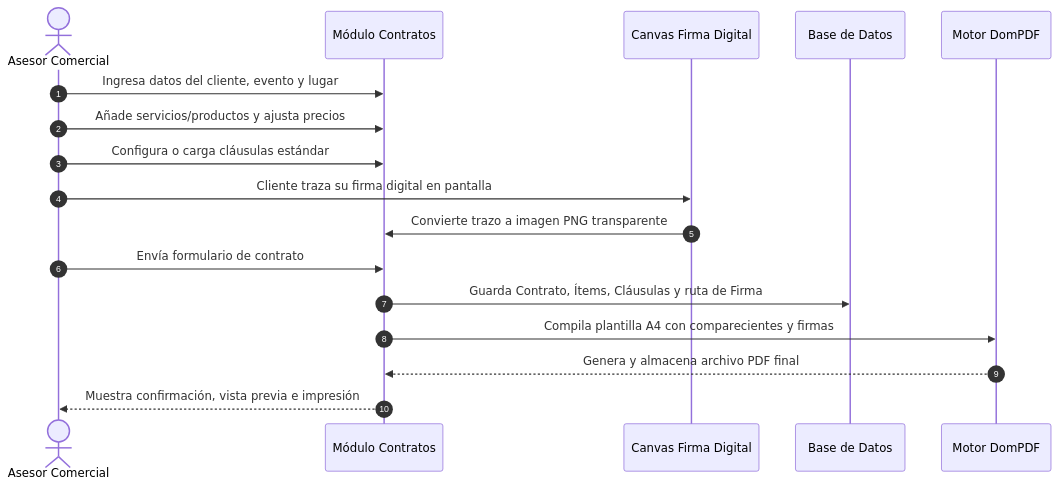
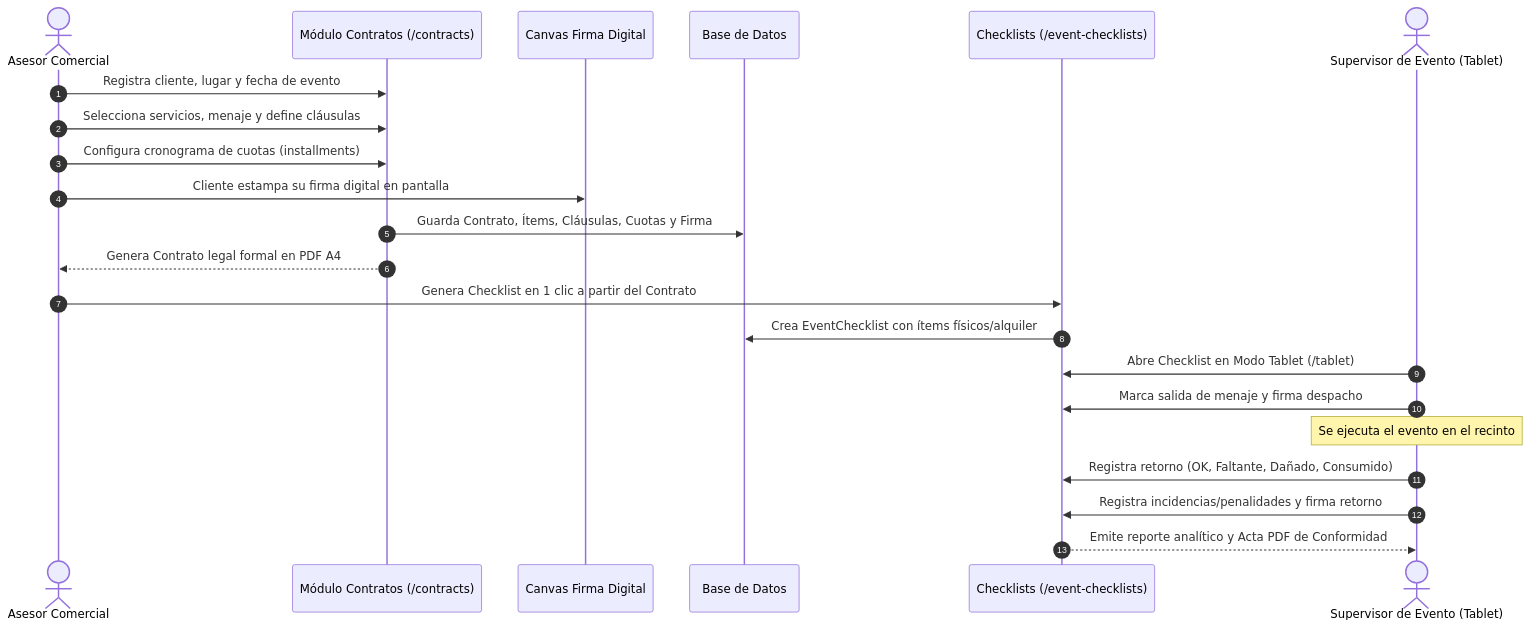
One commit to gercova/shipibo-erp-facturacion changed the third of 4 diagrams in docs/PDR_SISTEMA_COMPLETO.md. Above: the diagram before and after it, drawn with Mermaid. The commit also changed other lines of this file and 2 other files, not shown here.

````diff
--- a/docs/PDR_SISTEMA_COMPLETO.md
+++ b/docs/PDR_SISTEMA_COMPLETO.md
@@ -284,20 +366,26 @@
 ```mermaid
 sequenceDiagram
     autonumber
     actor Asesor as Asesor Comercial
-    participant Modulo as Módulo Contratos
+    participant Contratos as Módulo Contratos (/contracts)
     participant Pad as Canvas Firma Digital
     participant DB as Base de Datos
-    participant DomPDF as Motor DomPDF
+    participant Checklists as Checklists (/event-checklists)
+    actor Supervisor as Supervisor de Evento (Tablet)
 
-    Asesor->>Modulo: Ingresa datos del cliente, evento y lugar
-    Asesor->>Modulo: Añade servicios/productos y ajusta precios
-    Asesor->>Modulo: Configura o carga cláusulas estándar
-    Asesor->>Pad: Cliente traza su firma digital en pantalla
-    Pad->>Modulo: Convierte trazo a imagen PNG transparente
-    Asesor->>Modulo: Envía formulario de contrato
-    Modulo->>DB: Guarda Contrato, Ítems, Cláusulas y ruta de Firma
-    Modulo->>DomPDF: Compila plantilla A4 con comparecientes y firmas
-    DomPDF-->>Modulo: Genera y almacena archivo PDF final
-    Modulo-->>Asesor: Muestra confirmación, vista previa e impresión
+    Asesor->>Contratos: Registra cliente, lugar y fecha de evento
+    Asesor->>Contratos: Selecciona servicios, menaje y define cláusulas
+    Asesor->>Contratos: Configura cronograma de cuotas (installments)
+    Asesor->>Pad: Cliente estampa su firma digital en pantalla
+    Contratos->>DB: Guarda Contrato, Ítems, Cláusulas, Cuotas y Firma
+    Contratos-->>Asesor: Genera Contrato legal formal en PDF A4
+    
+    Asesor->>Checklists: Genera Checklist en 1 clic a partir del Contrato
+    Checklists->>DB: Crea EventChecklist con ítems físicos/alquiler
+    Supervisor->>Checklists: Abre Checklist en Modo Tablet (/tablet)
+    Supervisor->>Checklists: Marca salida de menaje y firma despacho
+    Note over Supervisor: Se ejecuta el evento en el recinto
+    Supervisor->>Checklists: Registra retorno (OK, Faltante, Dañado, Consumido)
+    Supervisor->>Checklists: Registra incidencias/penalidades y firma retorno
+    Checklists-->>Supervisor: Emite reporte analítico y Acta PDF de Conformidad
 ```
````
